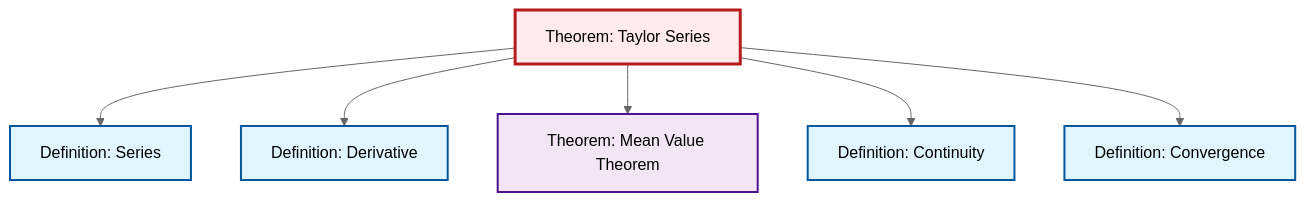
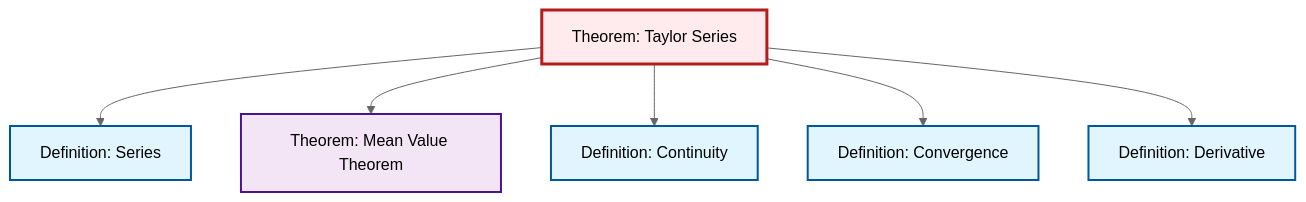
One commit to RK0429/ModernMath changed the diagram in content/ja/analysis/thm-taylor-series.qmd. Above: the diagram before and after it, drawn with Mermaid (neutral theme). The commit also changed other lines of this file and 619 other files, not shown here.

````diff
--- a/content/ja/analysis/thm-taylor-series.qmd
+++ b/content/ja/analysis/thm-taylor-series.qmd
@@ -108,26 +108,26 @@
 ```{mermaid}
 %%| fig-cap: "Local dependency graph"
 graph TD
     classDef definition fill:#e1f5fe,stroke:#01579b,stroke-width:2px
     classDef theorem fill:#f3e5f5,stroke:#4a148c,stroke-width:2px
     classDef axiom fill:#fff3e0,stroke:#e65100,stroke-width:2px
     classDef example fill:#e8f5e9,stroke:#1b5e20,stroke-width:2px
     classDef current fill:#ffebee,stroke:#b71c1c,stroke-width:3px
-    def-derivative["Definition: Derivative"]:::definition
+    thm-taylor-series["Theorem: Taylor Series"]:::theorem
+    def-convergence["Definition: Convergence"]:::definition
     def-series["Definition: Series"]:::definition
     thm-mean-value["Theorem: Mean Value Theorem"]:::theorem
-    thm-taylor-series["Theorem: Taylor Series"]:::theorem
-    def-convergence["Definition: Convergence"]:::definition
     def-continuity["Definition: Continuity"]:::definition
+    def-derivative["Definition: Derivative"]:::definition
     thm-taylor-series --> def-series
-    thm-taylor-series --> def-derivative
     thm-taylor-series --> thm-mean-value
     thm-taylor-series --> def-continuity
     thm-taylor-series --> def-convergence
+    thm-taylor-series --> def-derivative
     class thm-taylor-series current
-    click def-derivative "def-derivative.html" "Definition: Derivativeへ"
+    click def-convergence "def-convergence.html" "Definition: Convergenceへ"
     click def-series "def-series.html" "Definition: Seriesへ"
     click thm-mean-value "thm-mean-value.html" "Theorem: Mean Value Theoremへ"
-    click def-convergence "def-convergence.html" "Definition: Convergenceへ"
     click def-continuity "def-continuity.html" "Definition: Continuityへ"
+    click def-derivative "def-derivative.html" "Definition: Derivativeへ"
 ```
````
